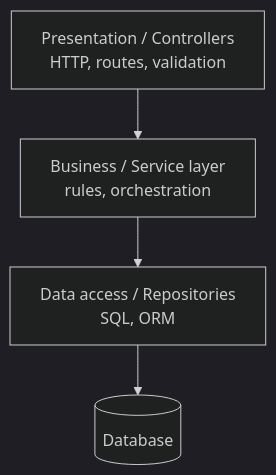
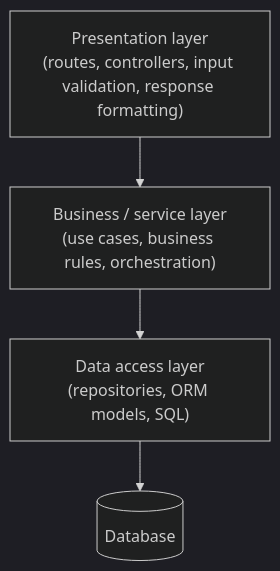
Before and after one commit to hshtgbrendo/software-dev-prep: the first of 5 diagrams in design/2 Architecture/Architectural Styles.md, drawn with Mermaid (dark theme). The commit also changed other lines of this file and 28 other files, not shown here.

````diff
--- a/design/2 Architecture/Architectural Styles.md
+++ b/design/2 Architecture/Architectural Styles.md
@@ -18,6 +26,6 @@
 ```mermaid
 flowchart TB
-  P[Presentation / Controllers<br/>HTTP, routes, validation] --> B[Business / Service layer<br/>rules, orchestration]
-  B --> D[Data access / Repositories<br/>SQL, ORM]
+  P["Presentation layer<br/>(routes, controllers, input validation, response formatting)"] --> B["Business / service layer<br/>(use cases, business rules, orchestration)"]
+  B --> D["Data access layer<br/>(repositories, ORM models, SQL)"]
   D --> DB[(Database)]
 ```
````
